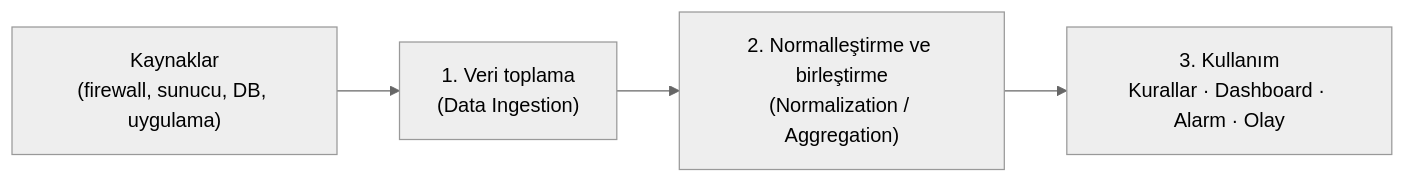
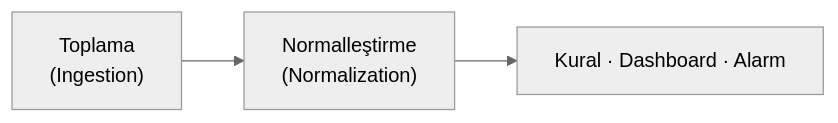
The diagram in Siber_Guvenlik_Notlari/SIEM_ve_SOC/01_SIEM_Tanımı_ve_Temelleri.md (OnurTugran/notes), drawn with Mermaid (neutral theme) before and after one commit. The commit also changed other lines of this file, not shown here.

````diff
--- a/Siber_Guvenlik_Notlari/SIEM_ve_SOC/01_SIEM_Tanımı_ve_Temelleri.md
+++ b/Siber_Guvenlik_Notlari/SIEM_ve_SOC/01_SIEM_Tanımı_ve_Temelleri.md
@@ -74,6 +27,4 @@
 ```mermaid
 flowchart LR
-    A["Kaynaklar<br/>(firewall, sunucu, DB, uygulama)"] --> B["1. Veri toplama<br/>(Data Ingestion)"]
-    B --> C["2. Normalleştirme ve birleştirme<br/>(Normalization / Aggregation)"]
-    C --> D["3. Kullanım<br/>Kurallar · Dashboard · Alarm · Olay"]
+    A["Toplama<br/>(Ingestion)"] --> B["Normalleştirme<br/>(Normalization)"] --> C["Kural · Dashboard · Alarm"]
 ```
````
